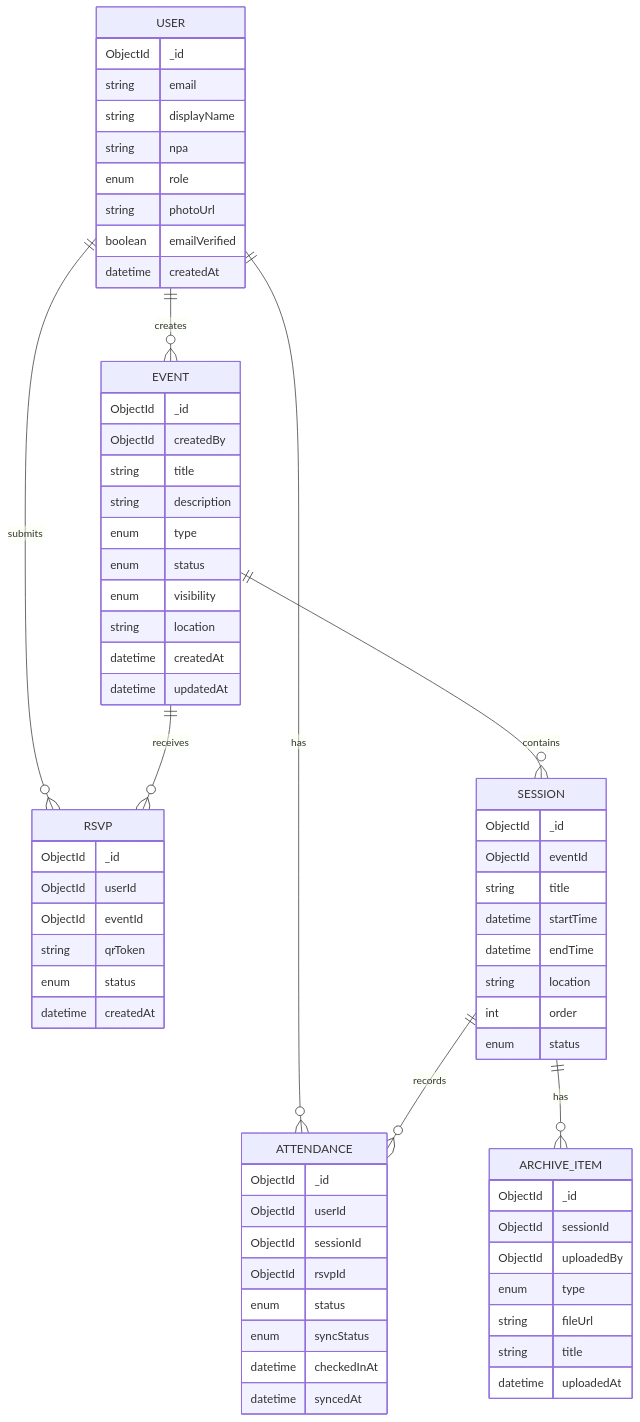
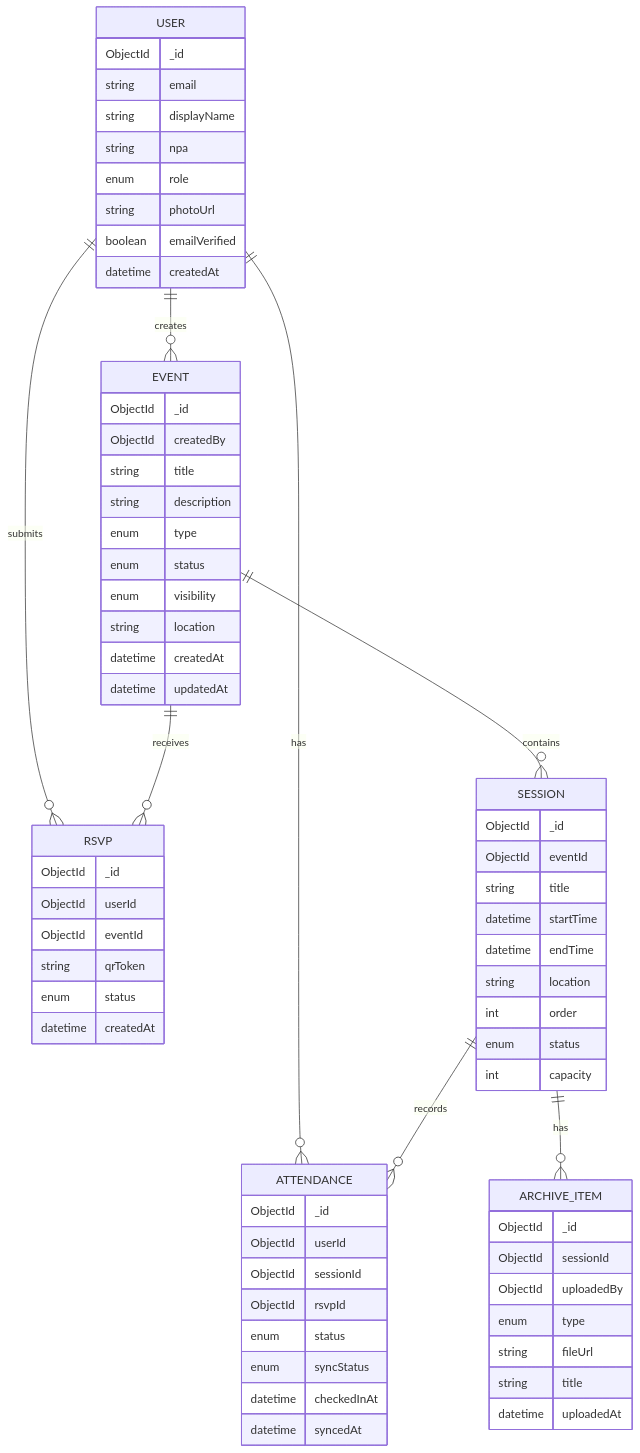
One commit to ikhsan3adi/kegiatin changed the second of 3 diagrams in .docs/md/architecture.md. Above: the diagram before and after it, drawn with Mermaid. The commit also changed other lines of this file and 2 other files, not shown here.

````diff
--- a/.docs/md/architecture.md
+++ b/.docs/md/architecture.md
@@ -692,75 +694,76 @@
 ```mermaid
 erDiagram
     USER ||--o{ EVENT : creates
     USER ||--o{ RSVP : submits
     USER ||--o{ ATTENDANCE : has
     EVENT ||--o{ SESSION : contains
     EVENT ||--o{ RSVP : receives
     SESSION ||--o{ ATTENDANCE : records
     SESSION ||--o{ ARCHIVE_ITEM : has
 
     USER {
         ObjectId _id
         string email
         string displayName
         string npa
         enum role
         string photoUrl
         boolean emailVerified
         datetime createdAt
     }
 
     EVENT {
         ObjectId _id
         ObjectId createdBy
         string title
         string description
         enum type
         enum status
         enum visibility
         string location
         datetime createdAt
         datetime updatedAt
     }
 
     SESSION {
         ObjectId _id
         ObjectId eventId
         string title
         datetime startTime
         datetime endTime
         string location
         int order
         enum status
+        int capacity
     }
 
     RSVP {
         ObjectId _id
         ObjectId userId
         ObjectId eventId
         string qrToken
         enum status
         datetime createdAt
     }
 
     ATTENDANCE {
         ObjectId _id
         ObjectId userId
         ObjectId sessionId
         ObjectId rsvpId
         enum status
         enum syncStatus
         datetime checkedInAt
         datetime syncedAt
     }
 
     ARCHIVE_ITEM {
         ObjectId _id
         ObjectId sessionId
         ObjectId uploadedBy
         enum type
         string fileUrl
         string title
         datetime uploadedAt
     }
 ```
````
